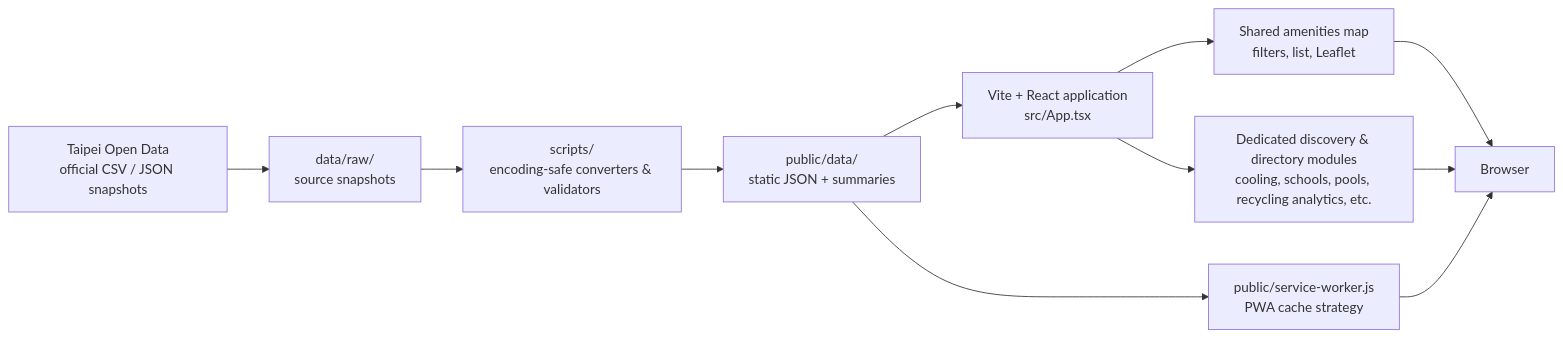
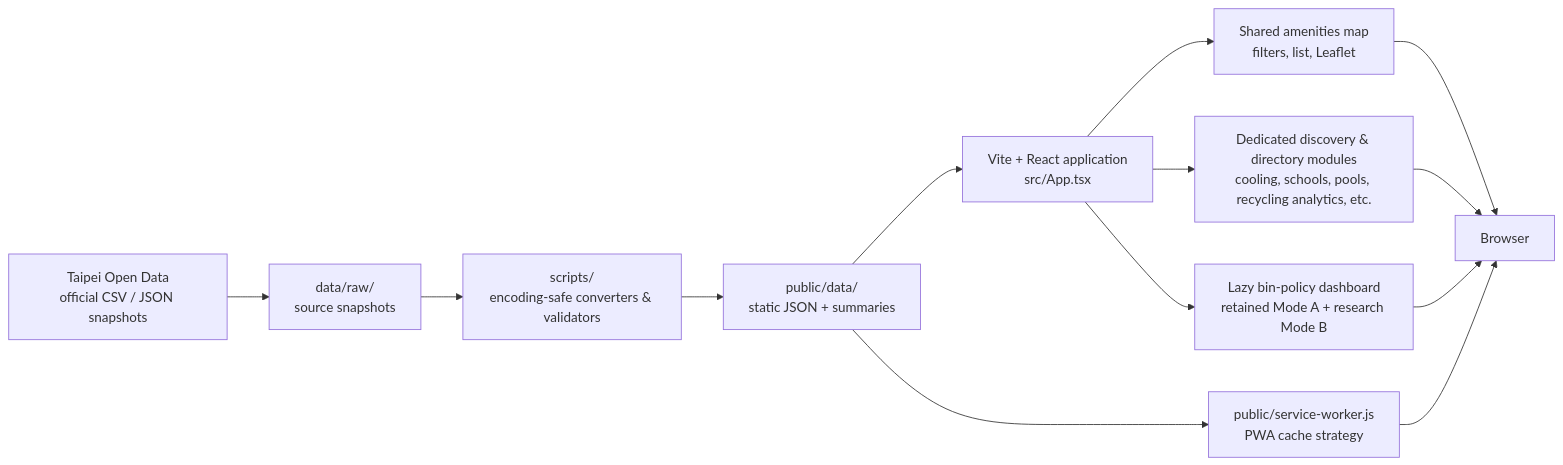
One commit to LEO0331/taipei-bin-map changed the first of 2 diagrams in README.md. Above: the diagram before and after it, drawn with Mermaid. The commit also changed other lines of this file and 15 other files, not shown here.

````diff
--- a/README.md
+++ b/README.md
@@ -19,15 +19,17 @@
 ```mermaid
 flowchart LR
   O["Taipei Open Data<br/>official CSV / JSON snapshots"] --> R["data/raw/<br/>source snapshots"]
   R --> C["scripts/<br/>encoding-safe converters & validators"]
   C --> P["public/data/<br/>static JSON + summaries"]
 
   P --> A["Vite + React application<br/>src/App.tsx"]
   A --> M["Shared amenities map<br/>filters, list, Leaflet"]
   A --> D["Dedicated discovery & directory modules<br/>cooling, schools, pools, recycling analytics, etc."]
+  A --> Q["Lazy bin-policy dashboard<br/>retained Mode A + research Mode B"]
   M --> B["Browser"]
   D --> B
+  Q --> B
 
   S["public/service-worker.js<br/>PWA cache strategy"] --> B
   P --> S
 ```
````
